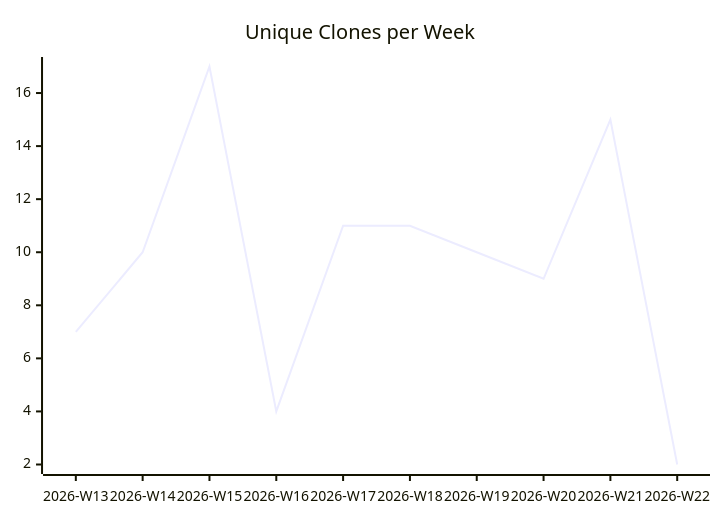
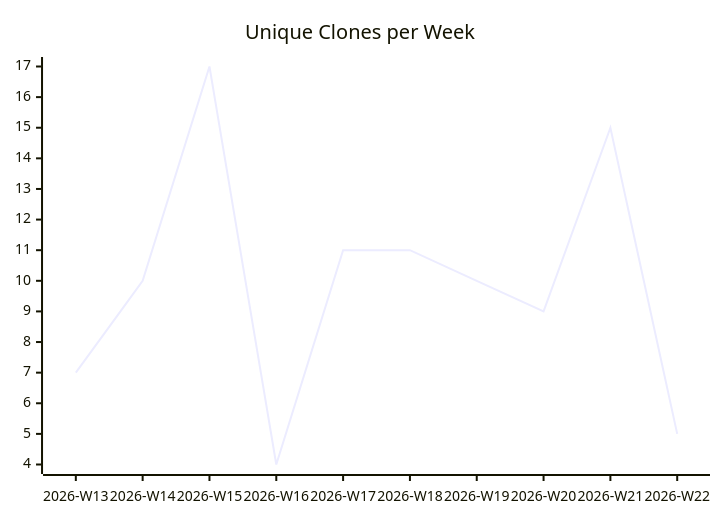
One commit to justdavis-family/github-analytics-data changed the third of 3 diagrams in karlmdavis/ksoap2-android/README.md. Above: the diagram before and after it, drawn with Mermaid. The commit also changed other lines of this file and 189 other files, not shown here.

````diff
--- a/karlmdavis/ksoap2-android/README.md
+++ b/karlmdavis/ksoap2-android/README.md
@@ -19,6 +19,6 @@
 ```mermaid
 xychart-beta
   title "Unique Clones per Week"
   x-axis ["2026-W13", "2026-W14", "2026-W15", "2026-W16", "2026-W17", "2026-W18", "2026-W19", "2026-W20", "2026-W21", "2026-W22"]
-  line [7, 10, 17, 4, 11, 11, 10, 9, 15, 2]
+  line [7, 10, 17, 4, 11, 11, 10, 9, 15, 5]
 ```
````
